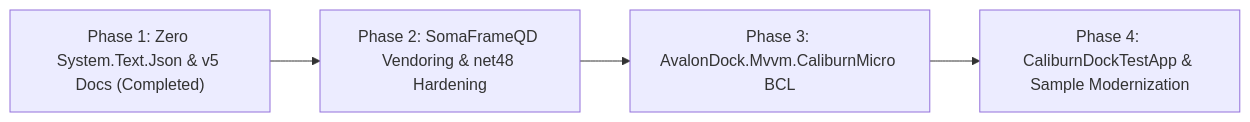
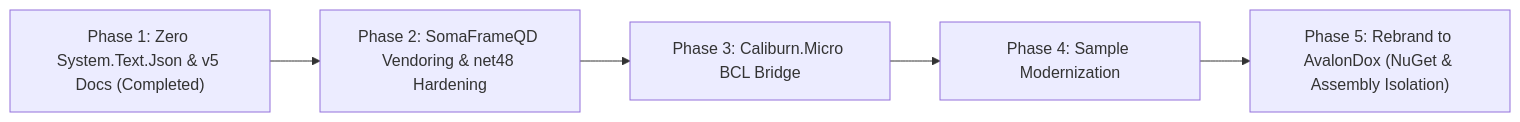
One commit to NTLDR2/AvalonDock changed the diagram in ROADMAP.md. Above: the diagram before and after it, drawn with Mermaid. The commit also changed other lines of this file and 4 other files, not shown here.

First line of the commit message:
[Feature] [Docs] Add Phase 5 AvalonDox rebranding roadmap and identity plan

````diff
--- a/ROADMAP.md
+++ b/ROADMAP.md
@@ -9,6 +9,7 @@
 ```mermaid
 flowchart LR
     M1["Phase 1: Zero System.Text.Json & v5 Docs (Completed)"] --> M2["Phase 2: SomaFrameQD Vendoring & net48 Hardening"]
-    M2 --> M3["Phase 3: AvalonDock.Mvvm.CaliburnMicro BCL"]
-    M3 --> M4["Phase 4: CaliburnDockTestApp & Sample Modernization"]
+    M2 --> M3["Phase 3: Caliburn.Micro BCL Bridge"]
+    M3 --> M4["Phase 4: Sample Modernization"]
+    M4 --> M5["Phase 5: Rebrand to AvalonDox (NuGet & Assembly Isolation)"]
 ```
````
